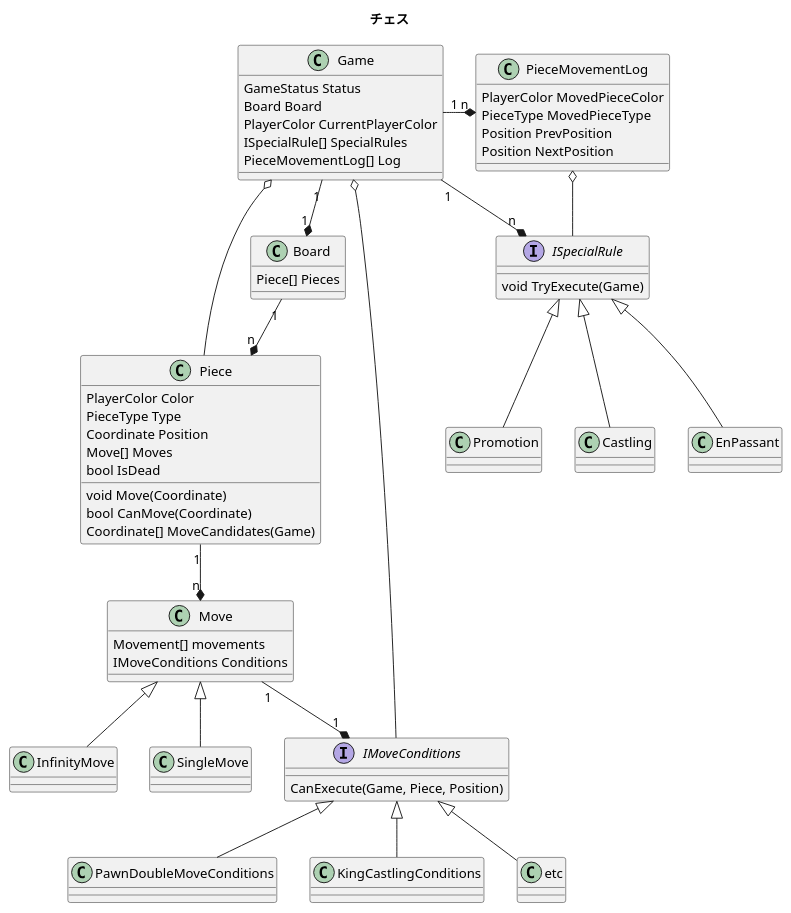
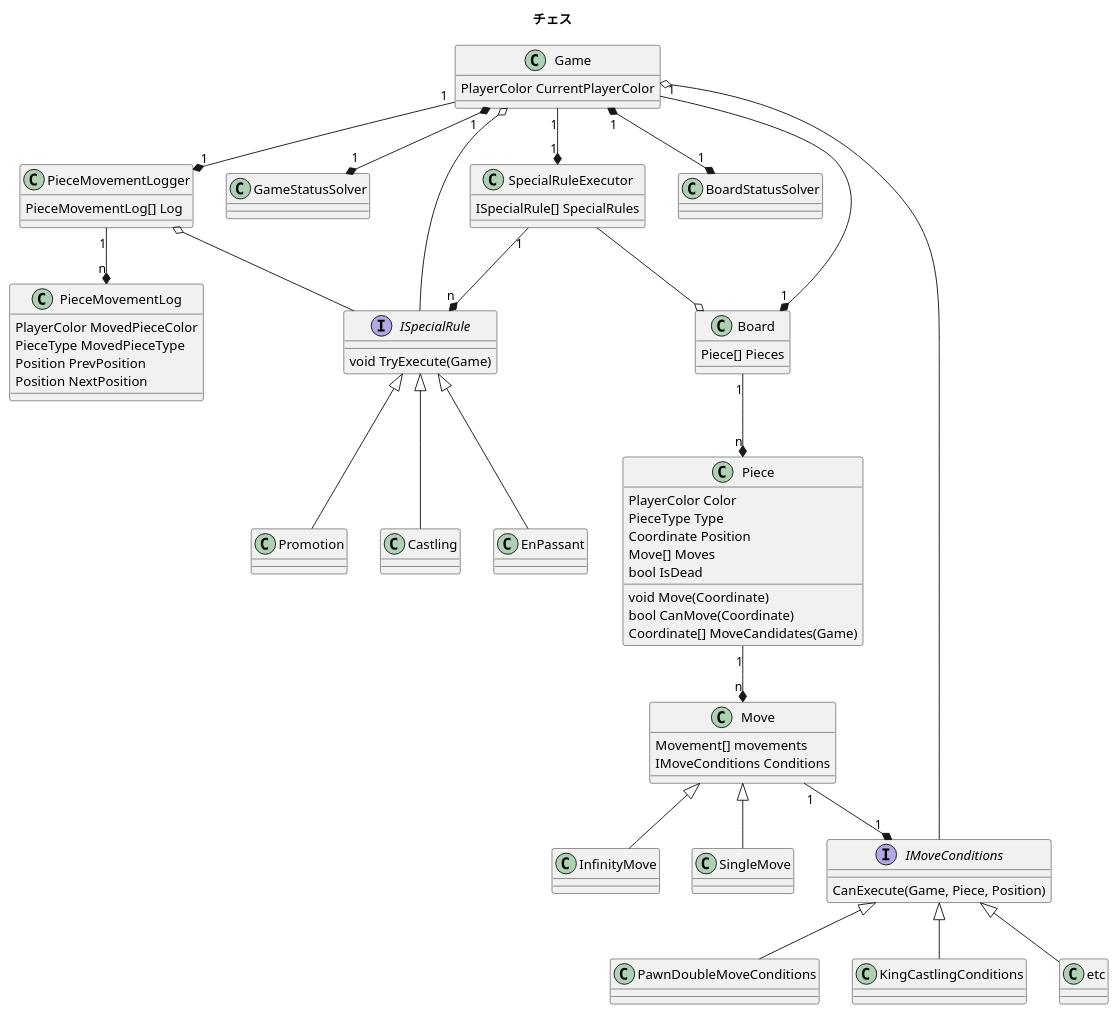
Before and after one commit to chromee/ddd-training-chess: the diagram in Assets/Chess/UML/domain.puml, drawn with PlantUML. The commit also changed 20 other files, not shown here.

```diff
--- a/Assets/Chess/UML/domain.puml
+++ b/Assets/Chess/UML/domain.puml
@@ -1,91 +1,112 @@
 @startuml
 title チェス
 
+
 class Game
 {
-    GameStatus Status
-    Board Board
     PlayerColor CurrentPlayerColor
-    ISpecialRule[] SpecialRules
-    PieceMovementLog[] Log
 }
 
+class GameStatusSolver
+{
+}
+
+Game "1" *--* "1" GameStatusSolver
+Game "1" --* "1" SpecialRuleExecutor
+Game "1" --* "1" PieceMovementLogger
 Game "1" --* "1" Board
-Game "1" --* "n" ISpecialRule
+Game "1" *--* "1" BoardStatusSolver
+
+
+class BoardStatusSolver
+{
+}
 
 class Board
 {
     Piece[] Pieces
 }
 
 Board "1" --* "n" Piece
 
 class Piece
 {
-    PlayerColor Color
-    PieceType Type
-    Coordinate Position
-    Move[] Moves
-    bool IsDead
+PlayerColor Color
+PieceType Type
+Coordinate Position
+Move[] Moves
+bool IsDead
     
     void Move(Coordinate)
     bool CanMove(Coordinate)
     Coordinate[] MoveCandidates(Game)
 }
-
-Game o-- Piece
 
 class Move
 {
     Movement[] movements
     IMoveConditions Conditions
 }
 
 class SingleMove
 class InfinityMove
 
 Piece "1" --* "n" Move
 Move <|-- SingleMove
 Move <|-- InfinityMove
 
 interface IMoveConditions
 {
     CanExecute(Game, Piece, Position)
 }
 
 class PawnDoubleMoveConditions
 class KingCastlingConditions
 class etc
 
 Move "1" --* "1" IMoveConditions
 Game o-- IMoveConditions
 IMoveConditions <|-- PawnDoubleMoveConditions
 IMoveConditions <|-- KingCastlingConditions
 IMoveConditions <|-- etc
 
 interface ISpecialRule
 {
     void TryExecute(Game)
 }
 
 class Castling
 class EnPassant
 class Promotion
 
 ISpecialRule <|-- Castling
 ISpecialRule <|-- EnPassant
 ISpecialRule <|-- Promotion
 
+ISpecialRule -u-o Game
+
+class SpecialRuleExecutor
+{
+    ISpecialRule[] SpecialRules
+}
+
+SpecialRuleExecutor "1" --* "n" ISpecialRule
+SpecialRuleExecutor --o Board
+
 class PieceMovementLog
 {
     PlayerColor MovedPieceColor
     PieceType MovedPieceType
     Position PrevPosition
     Position NextPosition
 }
 
-PieceMovementLog "n" *-l- "1" Game
-PieceMovementLog o-- ISpecialRule
+class PieceMovementLogger
+{
+    PieceMovementLog[] Log
+}
 
+PieceMovementLog "n" *-u- "1" PieceMovementLogger
+PieceMovementLogger o-- ISpecialRule
 
 @enduml
```
